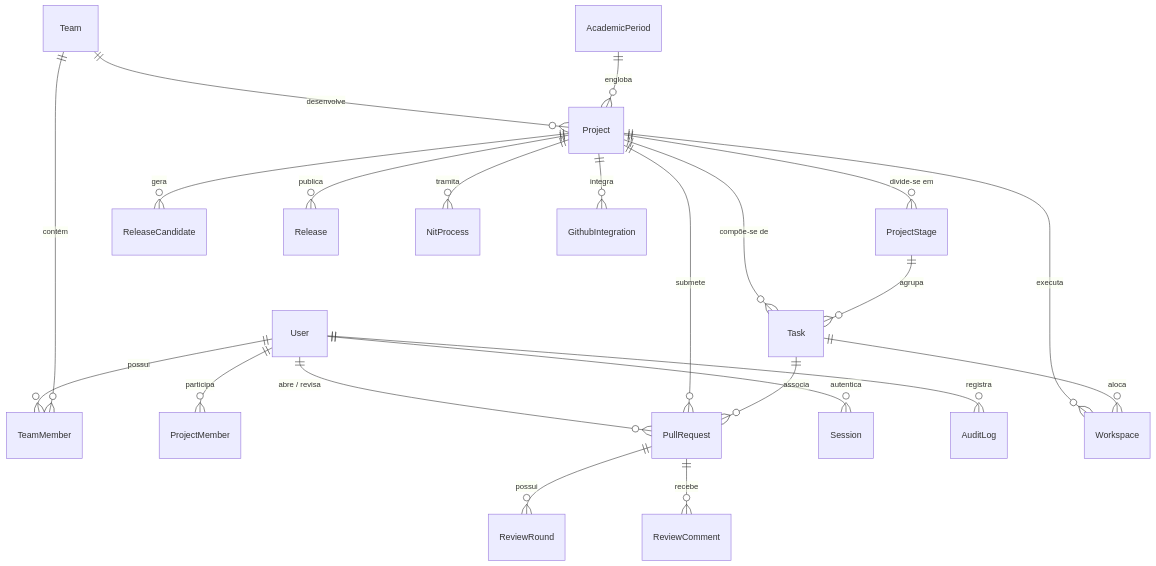
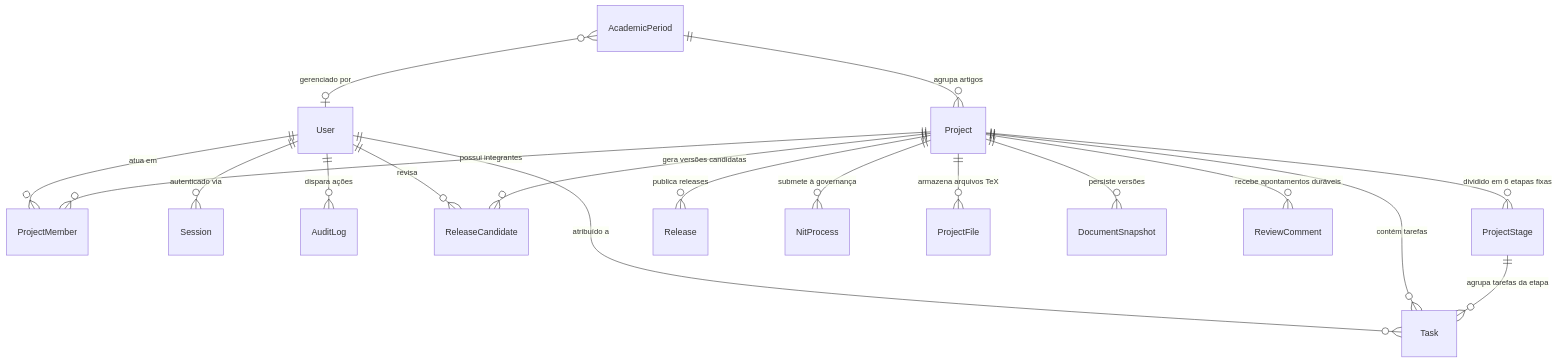
Before and after one commit to Digital-Analytics-Apps/sci-latex-vscode-ai: the third of 5 diagrams in docs/planning/TRD.md, drawn with Mermaid. The commit also changed other lines of this file and 10 other files, not shown here.

First line of the commit message:
feat(database): implement ReviewComment persistence, sanitize relational schema and modernize PRD/TRD/ADR-010

````diff
--- a/docs/planning/TRD.md
+++ b/docs/planning/TRD.md
@@ -255,28 +209,23 @@
 ```mermaid
 erDiagram
-    User ||--o{ TeamMember : "possui"
-    User ||--o{ ProjectMember : "participa"
-    User ||--o{ PullRequest : "abre / revisa"
-    User ||--o{ Session : "autentica"
-    User ||--o{ AuditLog : "registra"
+    AcademicPeriod ||--o{ Project : "agrupa artigos"
+    AcademicPeriod }o--o| User : "gerenciado por"
 
-    Team ||--o{ TeamMember : "contém"
-    Team ||--o{ Project : "desenvolve"
-    AcademicPeriod ||--o{ Project : "engloba"
+    User ||--o{ ProjectMember : "atua em"
+    User ||--o{ Session : "autenticado via"
+    User ||--o{ AuditLog : "dispara ações"
+    User ||--o{ Task : "atribuído a"
+    User ||--o{ ReleaseCandidate : "revisa"
 
-    Project ||--o{ ProjectStage : "divide-se em"
-    Project ||--o{ Task : "compõe-se de"
-    Project ||--o{ PullRequest : "submete"
-    Project ||--o{ Workspace : "executa"
-    Project ||--o{ ReleaseCandidate : "gera"
-    Project ||--o{ Release : "publica"
-    Project ||--o{ NitProcess : "tramita"
-    Project ||--o{ GithubIntegration : "integra"
+    Project ||--o{ ProjectMember : "possui integrantes"
+    Project ||--o{ ProjectStage : "dividido em 6 etapas fixas"
+    Project ||--o{ Task : "contém tarefas"
+    Project ||--o{ ReleaseCandidate : "gera versões candidatas"
+    Project ||--o{ Release : "publica releases"
+    Project ||--o{ NitProcess : "submete à governança"
+    Project ||--o{ ProjectFile : "armazena arquivos TeX"
+    Project ||--o{ DocumentSnapshot : "persiste versões"
+    Project ||--o{ ReviewComment : "recebe apontamentos duráveis"
 
-    ProjectStage ||--o{ Task : "agrupa"
-    Task ||--o{ PullRequest : "associa"
-    Task ||--o{ Workspace : "aloca"
-
-    PullRequest ||--o{ ReviewRound : "possui"
-    PullRequest ||--o{ ReviewComment : "recebe"
+    ProjectStage ||--o{ Task : "agrupa tarefas da etapa"
 ```
````
